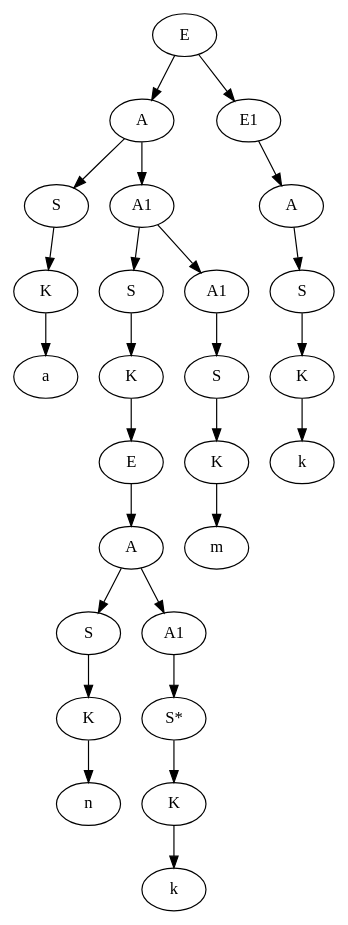
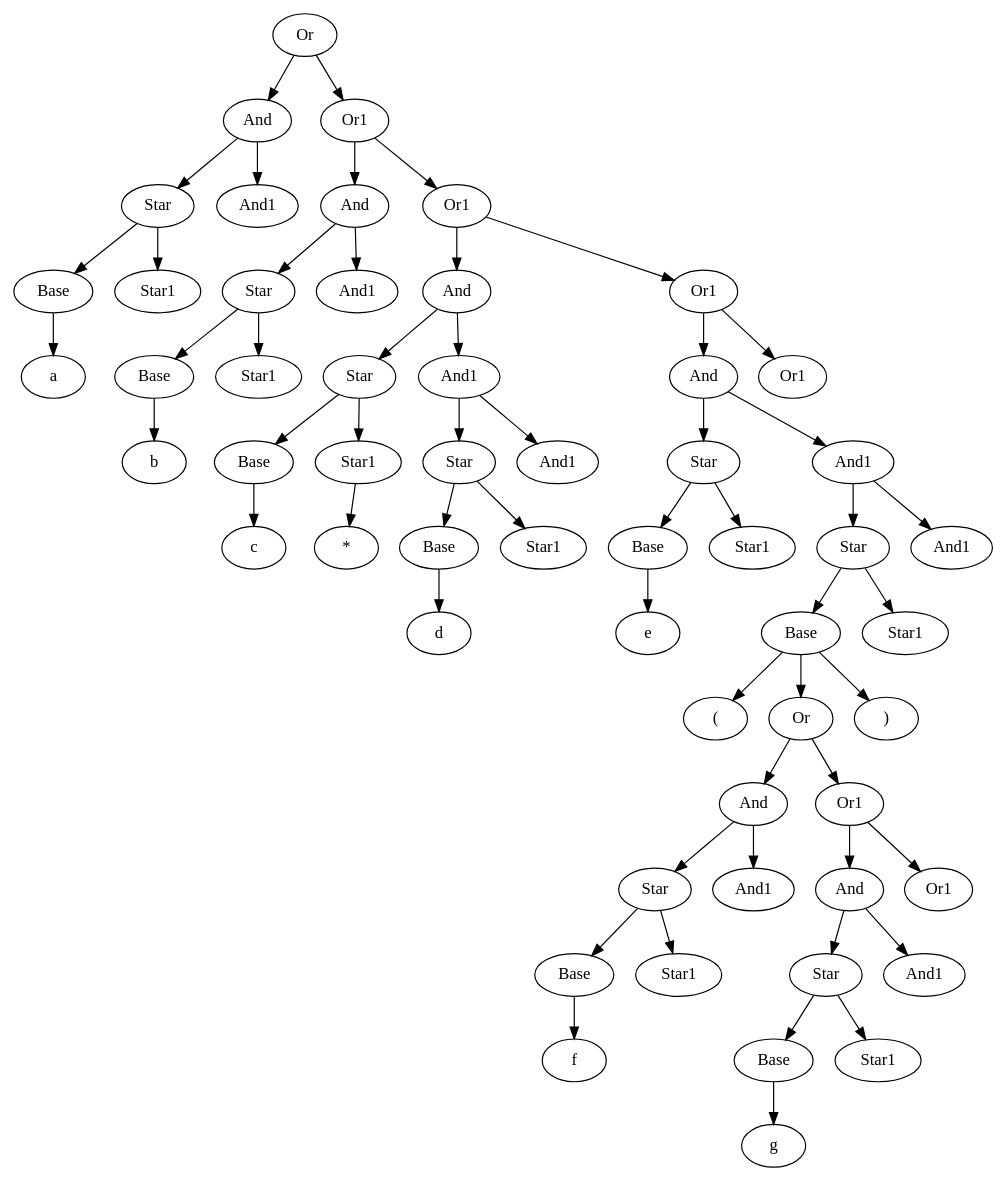
The diagram in parsing/recursive-parsing/graph.gv (mokaruuns/education_itmo), drawn with Graphviz before and after one commit. The commit also changed 3 other files, not shown here.

```diff
--- a/parsing/recursive-parsing/graph.gv
+++ b/parsing/recursive-parsing/graph.gv
@@ -1,53 +1,113 @@
 digraph G {
-0 [label="E"];
-1 [label="A"];
-2 [label="S"];
-3 [label="K"];
+0 [label="Or"];
+1 [label="And"];
+2 [label="Star"];
+3 [label="Base"];
 4 [label="a"];
-6 [label="A1"];
-7 [label="S"];
-8 [label="K"];
-9 [label="E"];
-10 [label="A"];
-11 [label="S"];
-12 [label="K"];
-13 [label="n"];
-15 [label="A1"];
-16 [label="S*"];
-17 [label="K"];
-18 [label="k"];
-20 [label="A1"];
-21 [label="S"];
-22 [label="K"];
-23 [label="m"];
-25 [label="E1"];
-26 [label="A"];
-27 [label="S"];
-28 [label="K"];
-29 [label="k"];
+6 [label="Star1"];
+8 [label="And1"];
+10 [label="Or1"];
+11 [label="And"];
+12 [label="Star"];
+13 [label="Base"];
+14 [label="b"];
+16 [label="Star1"];
+18 [label="And1"];
+20 [label="Or1"];
+21 [label="And"];
+22 [label="Star"];
+23 [label="Base"];
+24 [label="c"];
+26 [label="Star1"];
+27 [label="*"];
+29 [label="And1"];
+30 [label="Star"];
+31 [label="Base"];
+32 [label="d"];
+34 [label="Star1"];
+36 [label="And1"];
+38 [label="Or1"];
+39 [label="And"];
+40 [label="Star"];
+41 [label="Base"];
+42 [label="e"];
+44 [label="Star1"];
+46 [label="And1"];
+47 [label="Star"];
+48 [label="Base"];
+49 [label="("];
+51 [label="Or"];
+52 [label="And"];
+53 [label="Star"];
+54 [label="Base"];
+55 [label="f"];
+57 [label="Star1"];
+59 [label="And1"];
+61 [label="Or1"];
+62 [label="And"];
+63 [label="Star"];
+64 [label="Base"];
+65 [label="g"];
+67 [label="Star1"];
+69 [label="And1"];
+71 [label="Or1"];
+74 [label=")"];
+76 [label="Star1"];
+78 [label="And1"];
+80 [label="Or1"];
 0 -> 1;
-0 -> 25;
+0 -> 10;
 1 -> 2;
-1 -> 6;
+1 -> 8;
 2 -> 3;
+2 -> 6;
 3 -> 4;
-6 -> 20;
-6 -> 7;
-7 -> 8;
-8 -> 9;
-9 -> 10;
+10 -> 20;
 10 -> 11;
-10 -> 15;
+11 -> 18;
 11 -> 12;
+12 -> 16;
 12 -> 13;
-15 -> 16;
-16 -> 17;
-17 -> 18;
+13 -> 14;
 20 -> 21;
+20 -> 38;
 21 -> 22;
+21 -> 29;
 22 -> 23;
-25 -> 26;
+22 -> 26;
+23 -> 24;
 26 -> 27;
-27 -> 28;
-28 -> 29;
+29 -> 36;
+29 -> 30;
+30 -> 34;
+30 -> 31;
+31 -> 32;
+38 -> 80;
+38 -> 39;
+39 -> 40;
+39 -> 46;
+40 -> 41;
+40 -> 44;
+41 -> 42;
+46 -> 78;
+46 -> 47;
+47 -> 48;
+47 -> 76;
+48 -> 49;
+48 -> 51;
+48 -> 74;
+51 -> 52;
+51 -> 61;
+52 -> 53;
+52 -> 59;
+53 -> 54;
+53 -> 57;
+54 -> 55;
+61 -> 71;
+61 -> 62;
+62 -> 69;
+62 -> 63;
+63 -> 64;
+63 -> 67;
+64 -> 65;
 }
```
